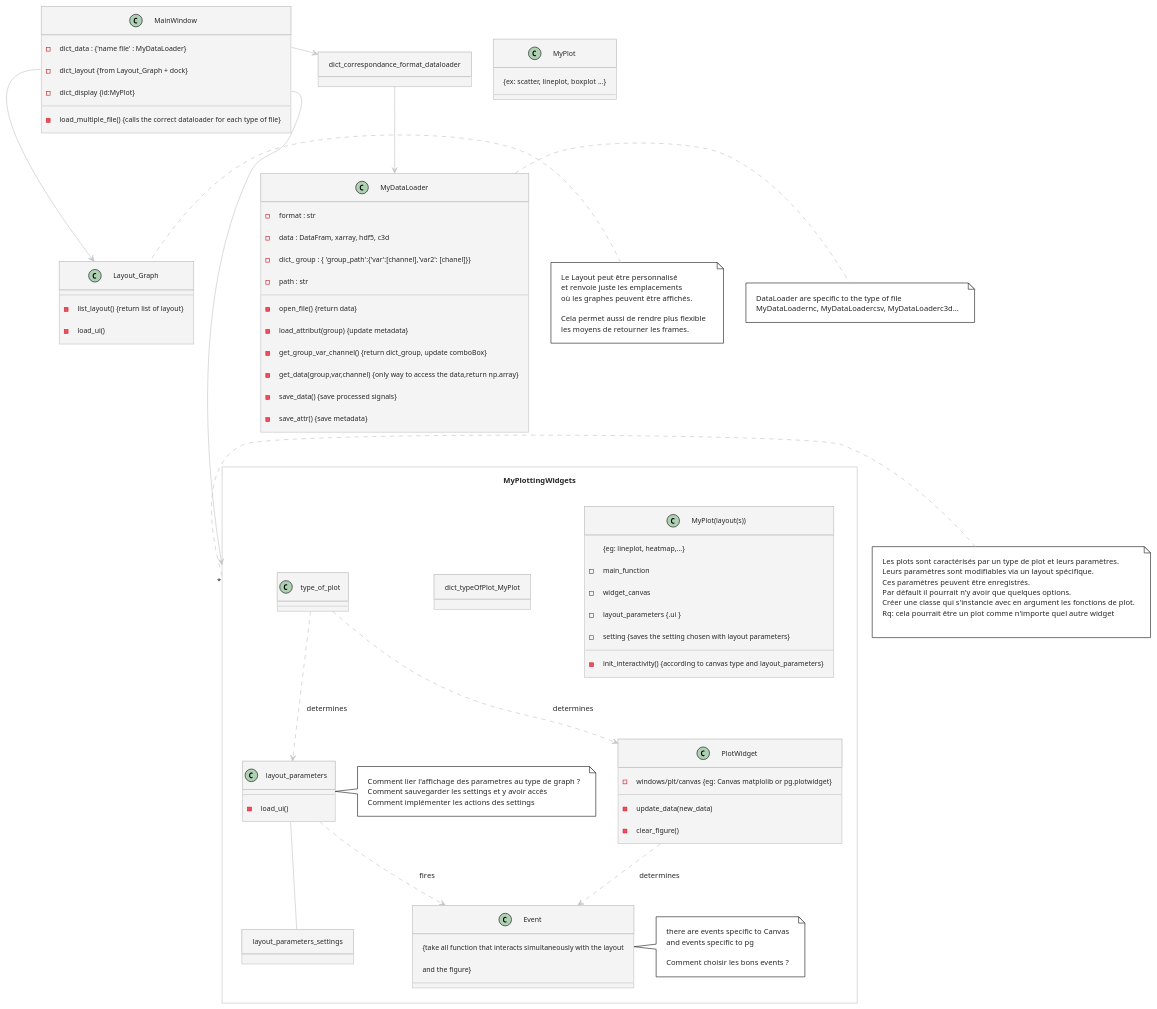
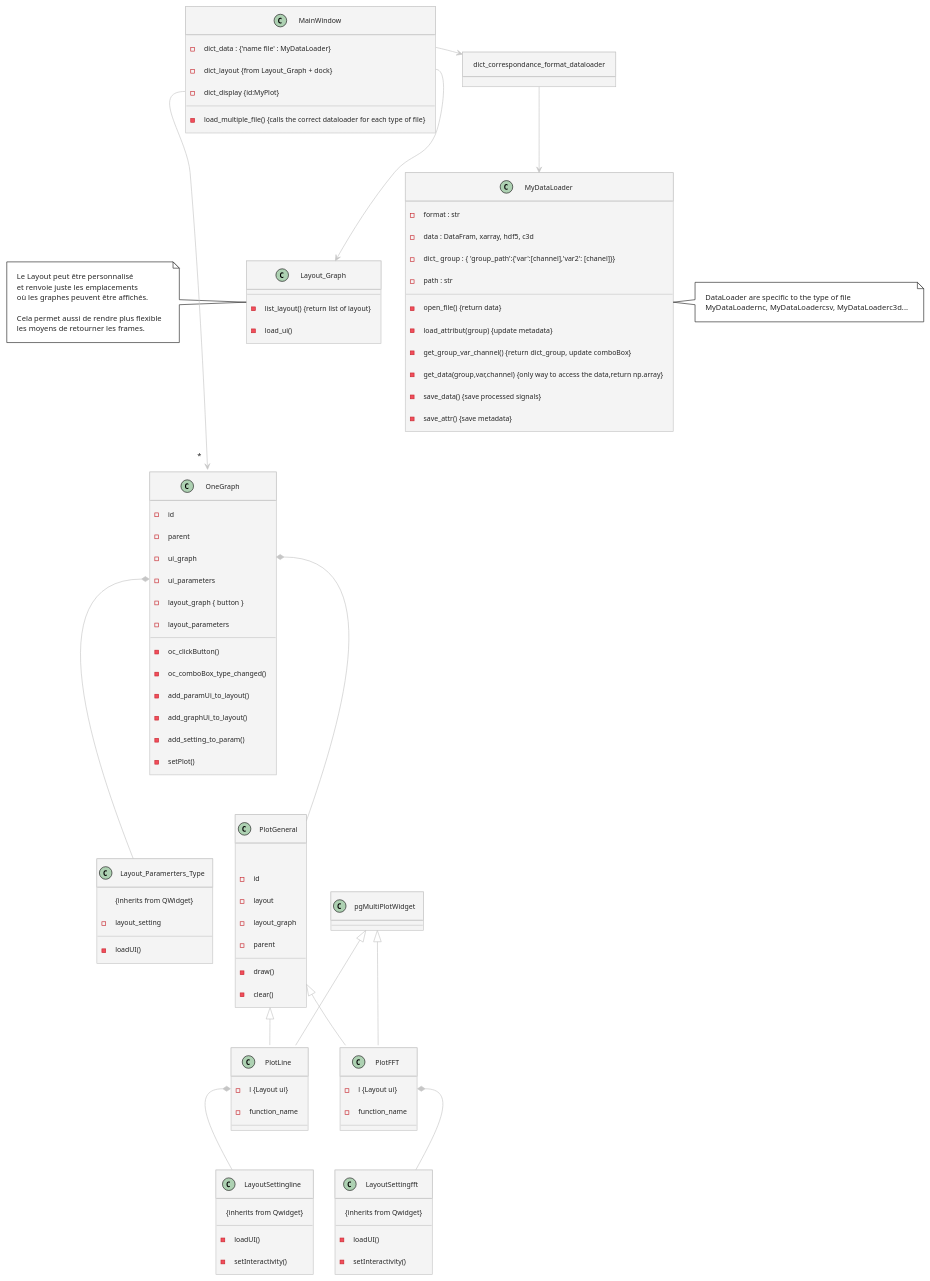
The diagram in EMG_Explorer_App/schema.plantuml (anaisalexia/EMGExplorer), drawn with PlantUML before and after one commit. The commit also changed 3 other files, not shown here.

Commit message:
change type of widget + setting: functionnal

```diff
--- a/EMG_Explorer_App/schema.plantuml
+++ b/EMG_Explorer_App/schema.plantuml
@@ -1,154 +1,150 @@
 @startuml
 !theme carbon-gray
 'class Parameters_win'
 
 /'
 Pour l'instant la fenêtre principale a une liste de graph 
 propre à chaque layout affiché
 sur lesquels les données sont affichées et changées en fonction du type
 En supposant donc que tout s'affiche sur un Multiplotwidget
 
 Changement de paradigme
 La fenetre principale a une liste des types d'affichages souhaitées
 chaques affichage à une fenêtre qui lui est propre
 
 avant 
 dict_display {id: graph } 
 MainWindow --> graph
 class graph{
     multiplot
     plot
 }
 
 desormais
 dict_display {id: <s> graph </s> type } 
 
 '/
 
 class MainWindow{
     - dict_data : {'name file' : MyDataLoader}
     - dict_layout {from Layout_Graph + dock}
     - dict_display {id:MyPlot}
     - load_multiple_file() {calls the correct dataloader for each type of file}
 }
 
 object dict_correspondance_format_dataloader
 
 class MyDataLoader{
     - format : str
     - data : DataFram, xarray, hdf5, c3d
     - dict_ group : { 'group_path':{'var':[channel],'var2': [chanel]}}
     - path : str
     - open_file() {return data}
     - load_attribut(group) {update metadata}
     - get_group_var_channel() {return dict_group, update comboBox}
     - get_data(group,var,channel) {only way to access the data,return np.array}
     - save_data() {save processed signals}
     - save_attr() {save metadata}
 }
 note right
 DataLoader are specific to the type of file
 MyDataLoadernc, MyDataLoadercsv, MyDataLoaderc3d...
 end note
 
 class Layout_Graph{
     - list_layout() {return list of layout}
     - load_ui()
 }
 note left
 Le Layout peut être personnalisé
 et renvoie juste les emplacements 
 où les graphes peuvent être affichés.
 
 Cela permet aussi de rendre plus flexible 
 les moyens de retourner les frames.
 end note
 
 
 
 
-class MyPlot{
-    {ex: scatter, lineplot, boxplot ...}
+
+MainWindow::dict_layout --> Layout_Graph
+MainWindow::data  -> dict_correspondance_format_dataloader
+dict_correspondance_format_dataloader --> MyDataLoader
+MainWindow::dict_display  --->"*" OneGraph
+
+
+class OneGraph{
+    -id
+    -parent
+    -ui_graph
+    -ui_parameters
+    -layout_graph { button }
+    -layout_parameters
+    - oc_clickButton()
+    - oc_comboBox_type_changed()
+    -add_paramUi_to_layout()
+    -add_graphUi_to_layout()
+    -add_setting_to_param()
+    -setPlot()
 }
 
-' class MyMultiPlotWidget{
-'     - id 
-'     - parent {MainWindow}
-'     - plot
-'     - parameters
-' }
-
-MainWindow::dict_layout --> Layout_Graph
-MainWindow::dict_display  --->"*" MyPlottingWidgets
-MainWindow::data  -> dict_correspondance_format_dataloader
-dict_correspondance_format_dataloader --> MyDataLoader
+class Layout_Paramerters_Type{
+    {inherits from QWidget}
+    -layout_setting
+    -loadUI()
+}
 
 
-' type_of_plot --> MyMultiPlotWidget : if timeseries
-' type_of_plot --> MyCanvasMatPlt : if statistic
+class LayoutSettingfft{
+    {inherits from Qwidget}
+    -loadUI()
+    -setInteractivity()
+}
 
-' MyCanvasMatPlt --|> Matplotlib_Canvas : inheritance
-' MyMultiPlotWidget --|> pg_MultiPlotWidget : inheritance
+class LayoutSettingline{
+    {inherits from Qwidget}
+    -loadUI()
+    -setInteractivity()
+}
+
+class PlotGeneral{
+    {abstract}
+    -id 
+    -layout
+    -layout_graph
+    -parent
+
+    -draw()
+    -clear()
+
+}
+
+class PlotLine{
+
+    -l {Layout ui}
+    -function_name
+
+}
+
+class PlotFFT{
+
+    -l {Layout ui}
+    -function_name
+
+}
+
+OneGraph::ui_graph *-- PlotGeneral
+OneGraph::ui_parameters *-- Layout_Paramerters_Type
 
 
+pgMultiPlotWidget <|--PlotLine
+pgMultiPlotWidget <|--PlotFFT
+PlotGeneral <|--PlotFFT
+PlotGeneral <|--PlotLine
 
-package MyPlottingWidgets <<Rectangle>> {
-
-class MyPlot(layout(s)){
-    {eg: lineplot, heatmap,...}
-    - main_function
-    - widget_canvas
-    - layout_parameters {.ui }
-    - setting {saves the setting chosen with layout parameters}
-    - init_interactivity() {according to canvas type and layout_parameters}
-}
-'Il pourrait y avoir une classe type pour ploter les timeseries par exemple
-'classe de laquelle pourraient dériver, des plots comme, lineplot,psd
+PlotLine::l *-- LayoutSettingline
+PlotFFT::l *-- LayoutSettingfft
 
 
-object dict_typeOfPlot_MyPlot
-
-class PlotWidget{
-    - windows/plt/canvas {eg: Canvas matplolib or pg.plotwidget}
-    - update_data(new_data)
-    - clear_figure()
-}
-
-class layout_parameters{
-    - load_ui()
-}
-note right
-Comment lier l'affichage des parametres au type de graph ?
-Comment sauvegarder les settings et y avoir accès
-Comment implémenter les actions des settings
-end note
-
-object layout_parameters_settings
-class Event{
-    {take all function that interacts simultaneously with the layout 
-    and the figure}
-}
-note right of Event
-there are events specific to Canvas
-and events specific to pg
-
-Comment choisir les bons events ?
-end note
-
-type_of_plot ..> PlotWidget : determines
-type_of_plot ..> layout_parameters : determines
-PlotWidget ..> Event : determines
-layout_parameters ..> Event : fires
-layout_parameters -- layout_parameters_settings
-}
-note left of MyPlottingWidgets
-Les plots sont caractérisés par un type de plot et leurs paramètres.
-Leurs paramètres sont modifiables via un layout spécifique.
-Ces paramètres peuvent être enregistrés.
-Par défault il pourrait n'y avoir que quelques options.
-Créer une classe qui s'instancie avec en argument les fonctions de plot.
-Rq: cela pourrait être un plot comme n'importe quel autre widget
-
-end note
-
 @enduml
```
